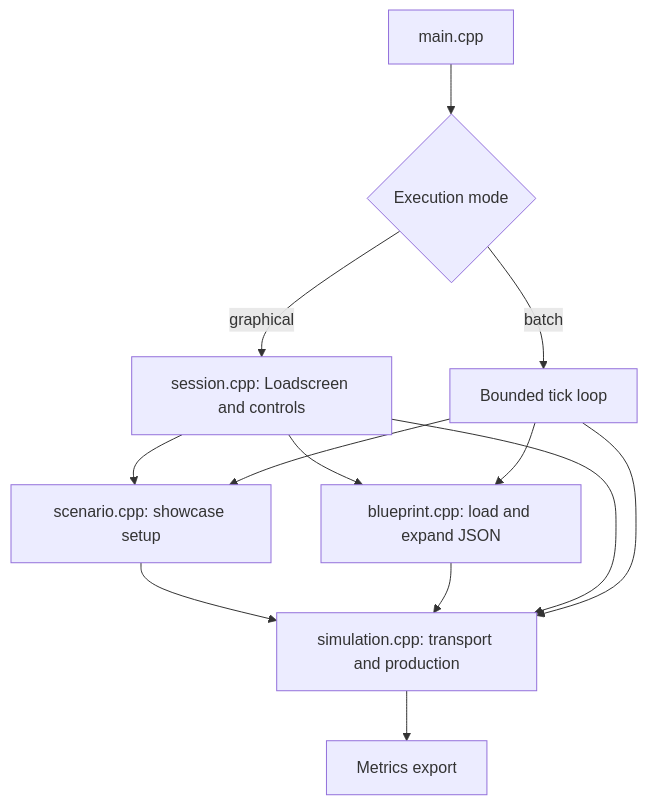
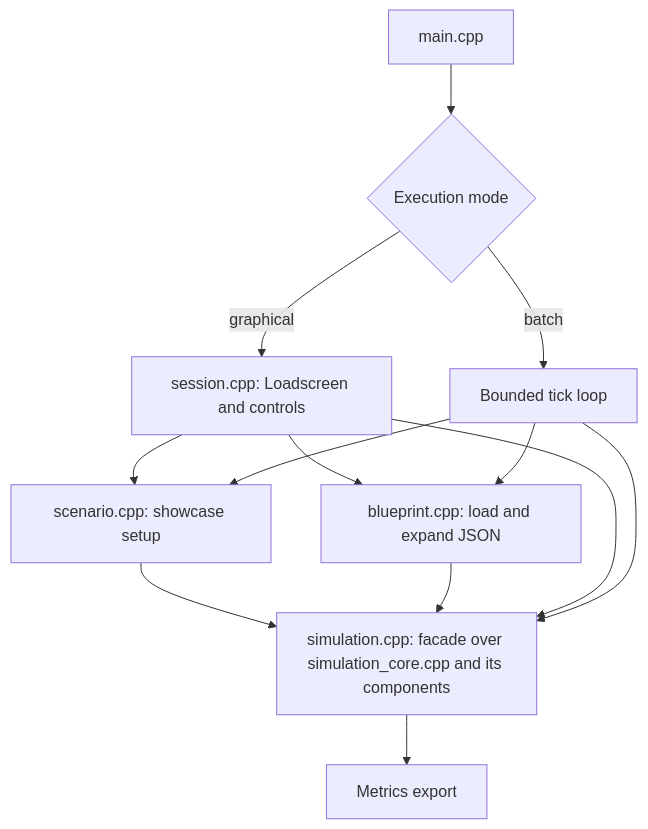
The diagram in labs/i4sim/src/README.md (SMB-M87/Kinetra-Lab), drawn with Mermaid before and after one commit. The commit also changed other lines of this file and 3 other files, not shown here.

Commit message:
docs(i4sim): describe the simulation components, tick order and mover state

````diff
--- a/labs/i4sim/src/README.md
+++ b/labs/i4sim/src/README.md
@@ -14,15 +14,15 @@
 ```mermaid
 flowchart TD
     Main["main.cpp"] --> Mode{"Execution mode"}
     Mode -->|graphical| Session["session.cpp: Loadscreen and controls"]
     Mode -->|batch| Batch["Bounded tick loop"]
     Session --> Loader["blueprint.cpp: load and expand JSON"]
     Batch --> Loader
     Session --> Scenario["scenario.cpp: showcase setup"]
     Batch --> Scenario
     Scenario --> Sim
-    Loader --> Sim["simulation.cpp: transport and production"]
+    Loader --> Sim["simulation.cpp: facade over simulation_core.cpp and its components"]
     Session --> Sim
     Batch --> Sim
     Sim --> Export["Metrics export"]
 ```
````
